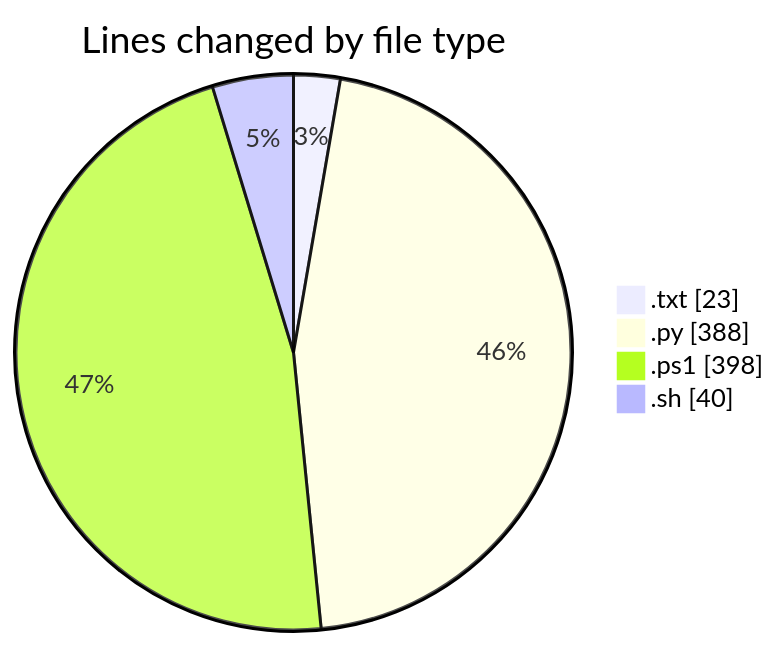
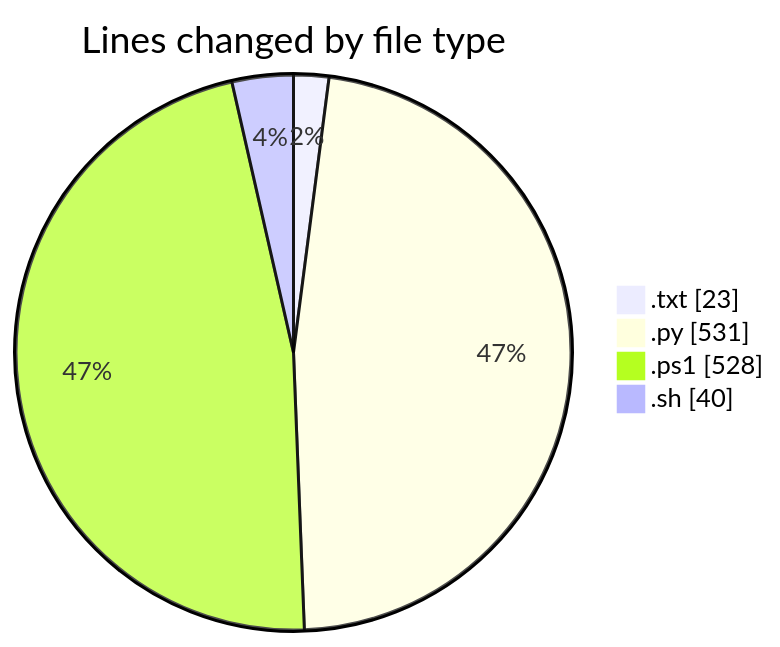
Before and after one commit to CELIANVF/code-tracking: the first of 2 diagrams in 2025-05-16/python_app_deploy/README.md, drawn with Mermaid. The commit also changed other lines of this file and 1 other file, not shown here.

````diff
--- a/2025-05-16/python_app_deploy/README.md
+++ b/2025-05-16/python_app_deploy/README.md
@@ -25,8 +27,8 @@
 ```mermaid
 pie showData
 title Lines changed by file type
 ".txt" : 23
-".py" : 388
-".ps1" : 398
+".py" : 531
+".ps1" : 528
 ".sh" : 40
 ```
````
